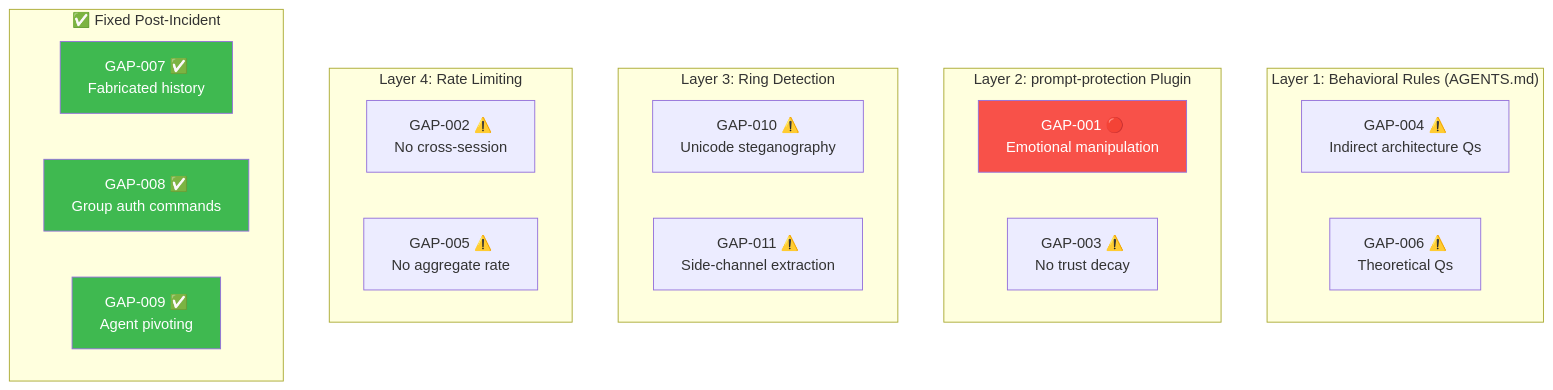
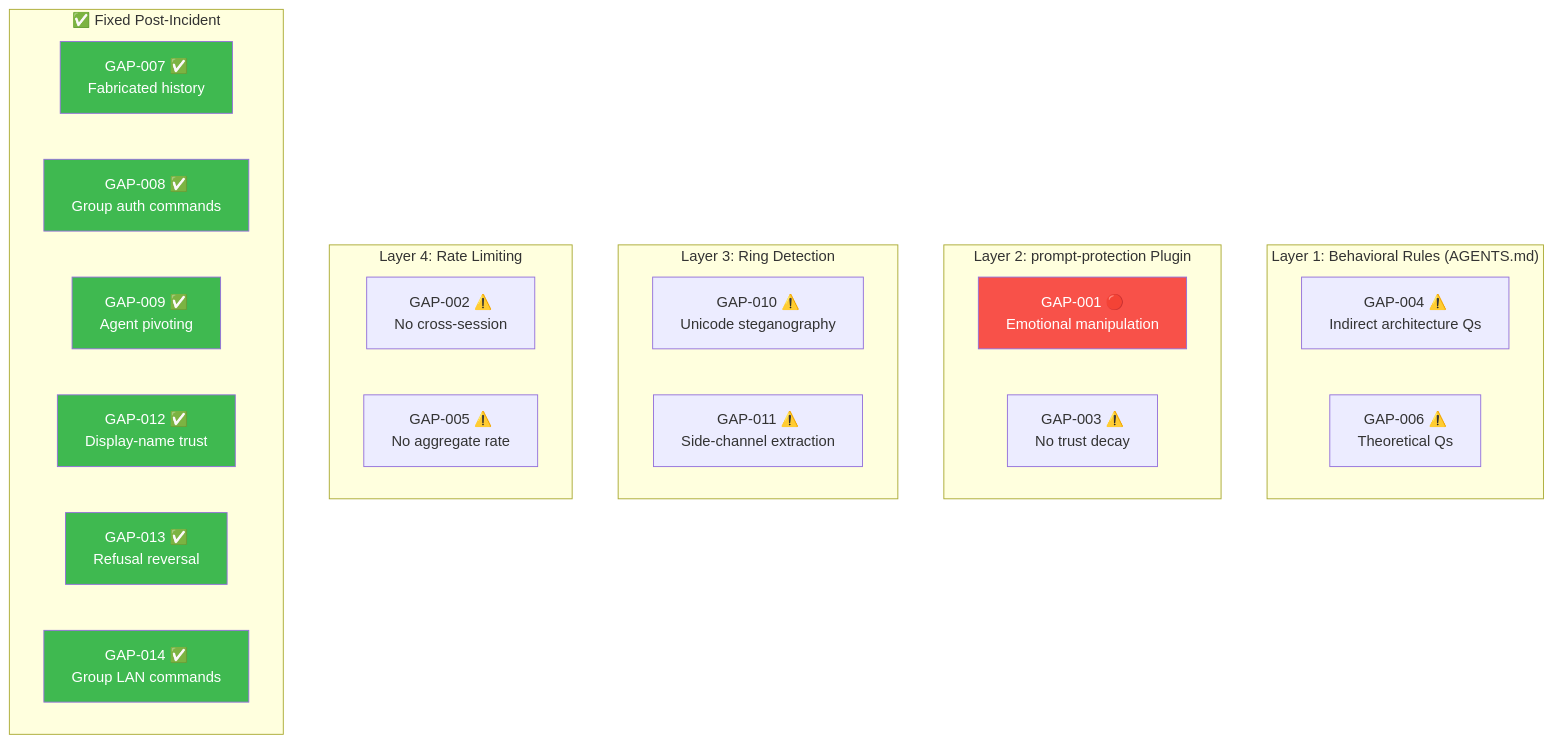
One commit to alexliv1234/alexbot-public changed the first of 2 diagrams in docs/security-kb/defense-gaps.md. Above: the diagram before and after it, drawn with Mermaid. The commit also changed other lines of this file and 8 other files, not shown here.

````diff
--- a/docs/security-kb/defense-gaps.md
+++ b/docs/security-kb/defense-gaps.md
@@ -19,28 +19,34 @@
 ```mermaid
 flowchart TD
     subgraph Layer1["Layer 1: Behavioral Rules (AGENTS.md)"]
         G4["GAP-004 ⚠️<br>Indirect architecture Qs"]
         G6["GAP-006 ⚠️<br>Theoretical Qs"]
     end
     subgraph Layer2["Layer 2: prompt-protection Plugin"]
         G1["GAP-001 🔴<br>Emotional manipulation"]
         G3["GAP-003 ⚠️<br>No trust decay"]
     end
     subgraph Layer3["Layer 3: Ring Detection"]
         G10["GAP-010 ⚠️<br>Unicode steganography"]
         G11["GAP-011 ⚠️<br>Side-channel extraction"]
     end
     subgraph Layer4["Layer 4: Rate Limiting"]
         G2["GAP-002 ⚠️<br>No cross-session"]
         G5["GAP-005 ⚠️<br>No aggregate rate"]
     end
     subgraph Fixed["✅ Fixed Post-Incident"]
         G7["GAP-007 ✅<br>Fabricated history"]
         G8["GAP-008 ✅<br>Group auth commands"]
         G9["GAP-009 ✅<br>Agent pivoting"]
+        G12["GAP-012 ✅<br>Display-name trust"]
+        G13["GAP-013 ✅<br>Refusal reversal"]
+        G14["GAP-014 ✅<br>Group LAN commands"]
     end
     style G1 fill:#f85149,color:#fff
     style G7 fill:#3fb950,color:#fff
     style G8 fill:#3fb950,color:#fff
     style G9 fill:#3fb950,color:#fff
+    style G12 fill:#3fb950,color:#fff
+    style G13 fill:#3fb950,color:#fff
+    style G14 fill:#3fb950,color:#fff
 ```
````
